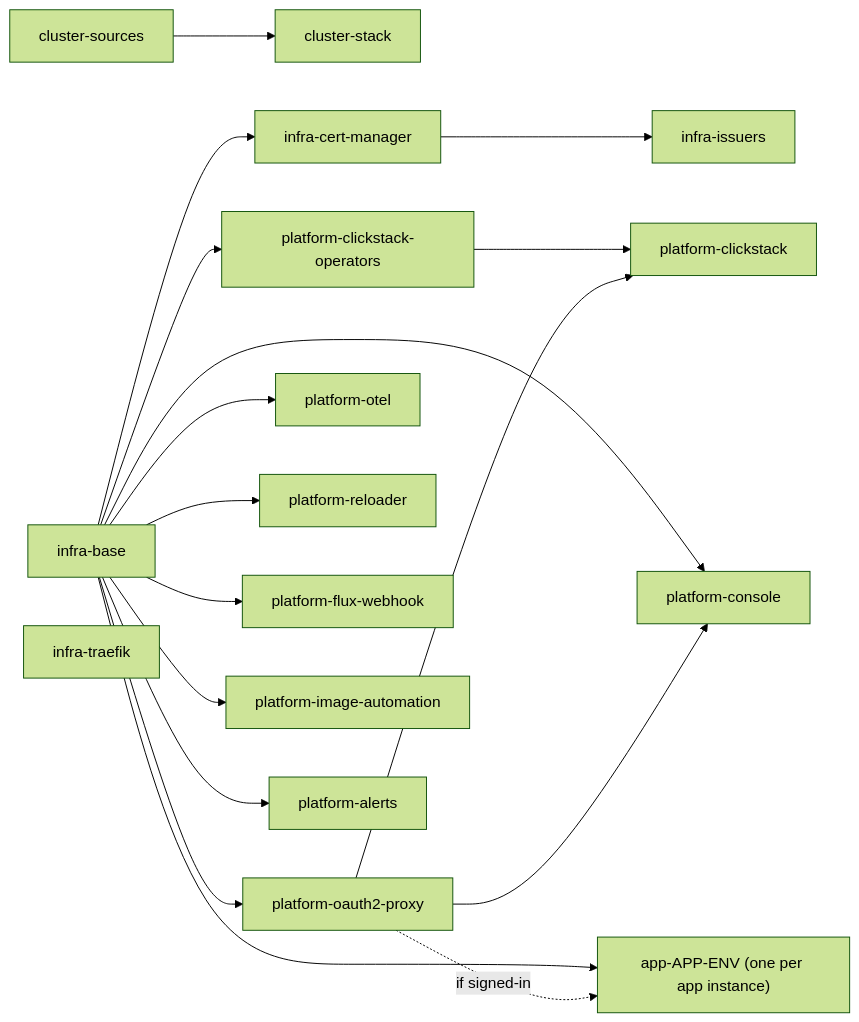
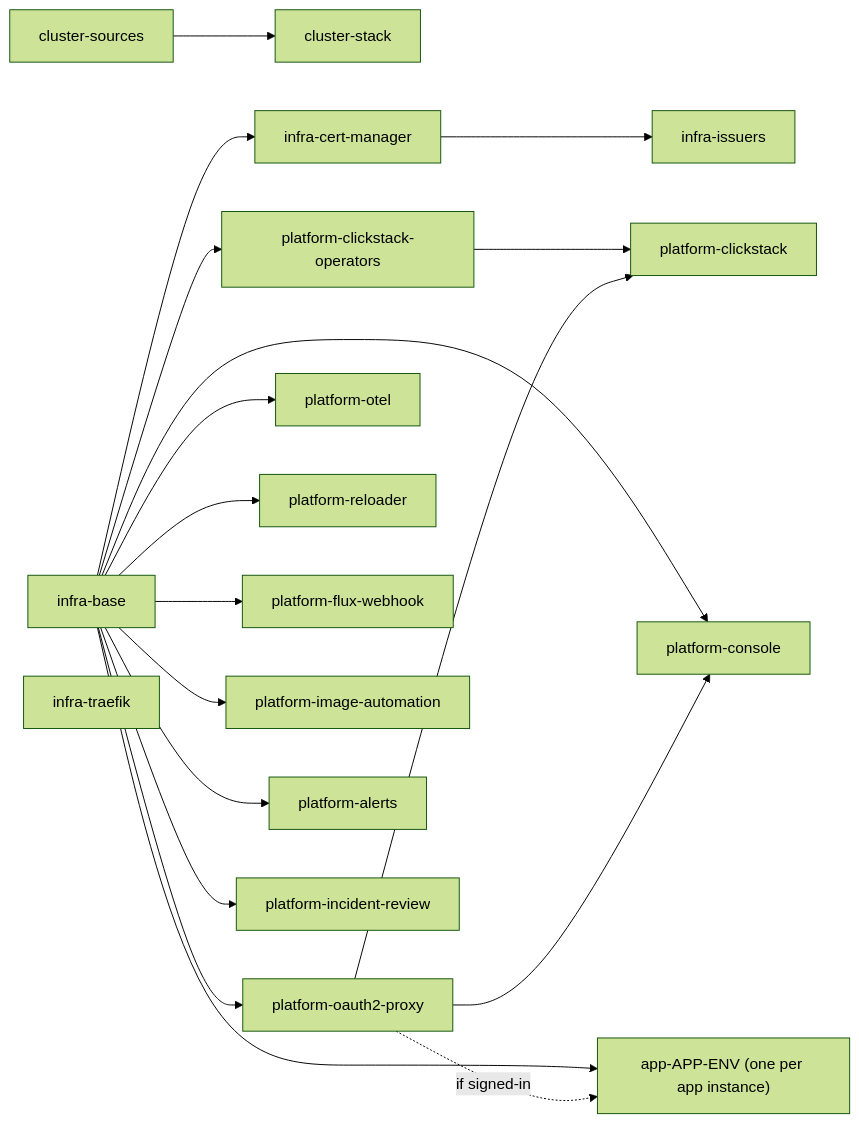
One commit to samclement/swhurl-platform changed the first of 5 diagrams in docs/architecture.md. Above: the diagram before and after it, drawn with Mermaid (forest theme). The commit also changed other lines of this file and 17 other files, not shown here.

````diff
--- a/docs/architecture.md
+++ b/docs/architecture.md
@@ -32,18 +32,19 @@
 ```mermaid
 flowchart LR
   sources[cluster-sources] --> stack[cluster-stack]
   base[infra-base] --> cm[infra-cert-manager] --> issuers[infra-issuers]
   base --> auth[platform-oauth2-proxy]
   base --> ops[platform-clickstack-operators] --> clickstack[platform-clickstack]
   auth --> clickstack
   base --> otel[platform-otel]
   base --> reloader[platform-reloader]
   base --> webhook[platform-flux-webhook]
   base --> imageauto[platform-image-automation]
   base --> alerts[platform-alerts]
   base --> console[platform-console]
+  base --> review[platform-incident-review]
   auth --> console
   traefik[infra-traefik]
   base --> app["app-APP-ENV (one per app instance)"]
   auth -. if signed-in .-> app
 ```
````
